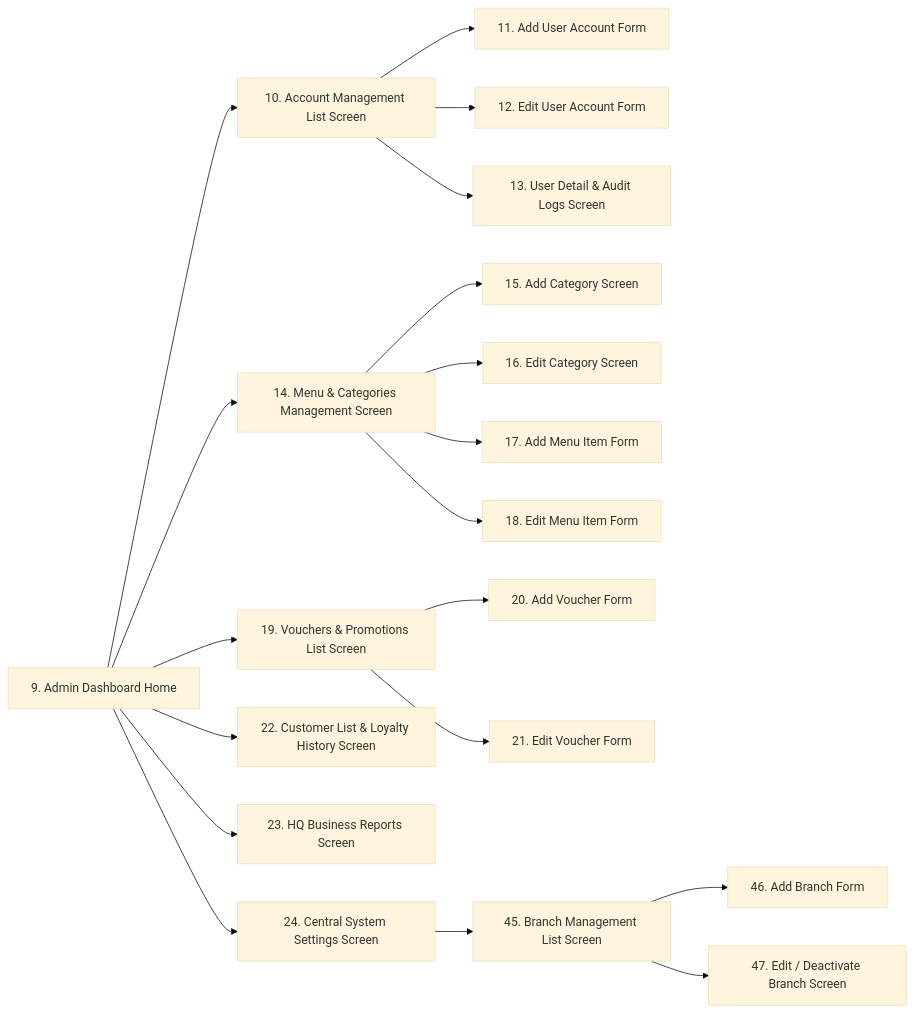
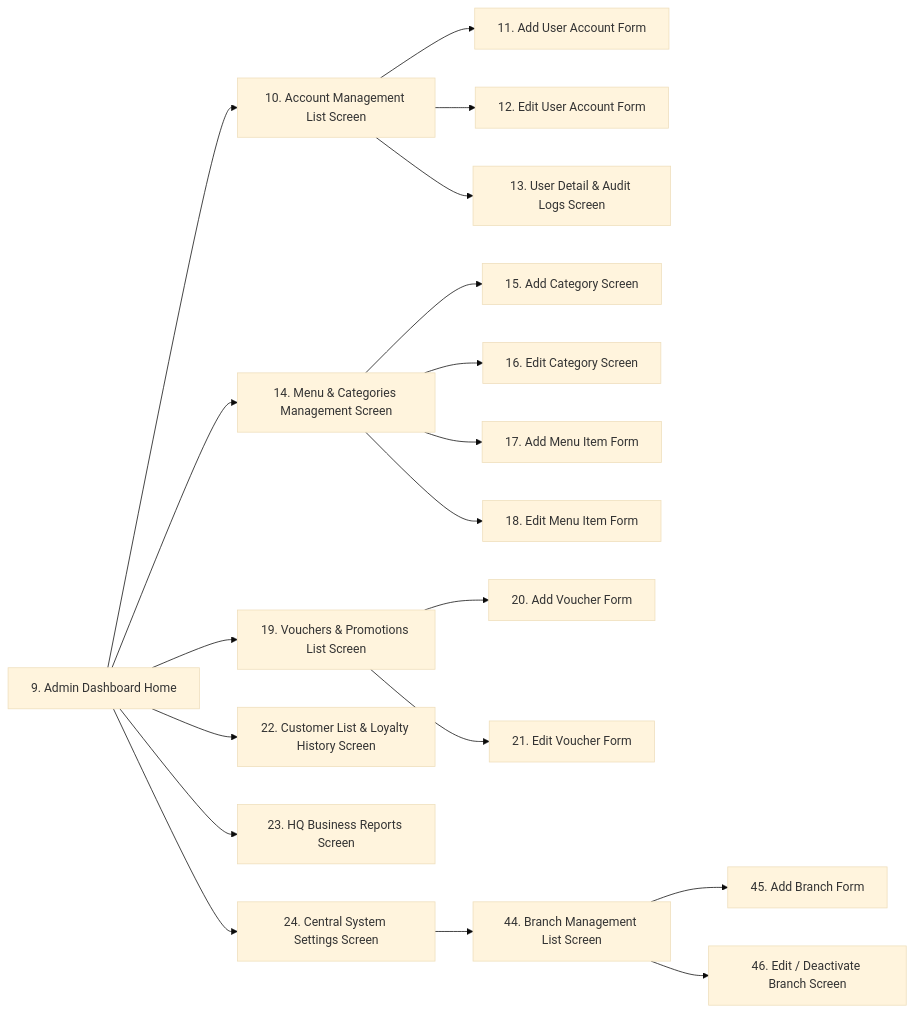
The second of 6 diagrams in sections/03_1_functional_overview.md (Shaichi/Khoga_coffe_shop), drawn with Mermaid (base theme) before and after one commit. The commit also changed other lines of this file and 45 other files, not shown here.

````diff
--- a/sections/03_1_functional_overview.md
+++ b/sections/03_1_functional_overview.md
@@ -30,26 +30,26 @@
 ```mermaid
 graph LR
     AdminHome[9. Admin Dashboard Home] --> ManageUsers[10. Account Management List Screen]
     ManageUsers --> AddUser[11. Add User Account Form]
     ManageUsers --> EditUser[12. Edit User Account Form]
     ManageUsers --> ViewUser[13. User Detail & Audit Logs Screen]
     
     AdminHome --> ManageMenu[14. Menu & Categories Management Screen]
     ManageMenu --> AddCat[15. Add Category Screen]
     ManageMenu --> EditCat[16. Edit Category Screen]
     ManageMenu --> AddMenu[17. Add Menu Item Form]
     ManageMenu --> EditMenu[18. Edit Menu Item Form]
     
     AdminHome --> ManagePromo[19. Vouchers & Promotions List Screen]
     ManagePromo --> AddVoucher[20. Add Voucher Form]
     ManagePromo --> EditVoucher[21. Edit Voucher Form]
     
     AdminHome --> CustomerRegistry[22. Customer List & Loyalty History Screen]
     
     AdminHome --> HQReports[23. HQ Business Reports Screen]
     
     AdminHome --> CentralConfig[24. Central System Settings Screen]
-    CentralConfig --> BranchMgmt[45. Branch Management List Screen]
-    BranchMgmt --> AddBranch[46. Add Branch Form]
-    BranchMgmt --> EditBranch[47. Edit / Deactivate Branch Screen]
+    CentralConfig --> BranchMgmt[44. Branch Management List Screen]
+    BranchMgmt --> AddBranch[45. Add Branch Form]
+    BranchMgmt --> EditBranch[46. Edit / Deactivate Branch Screen]
 ```
````
